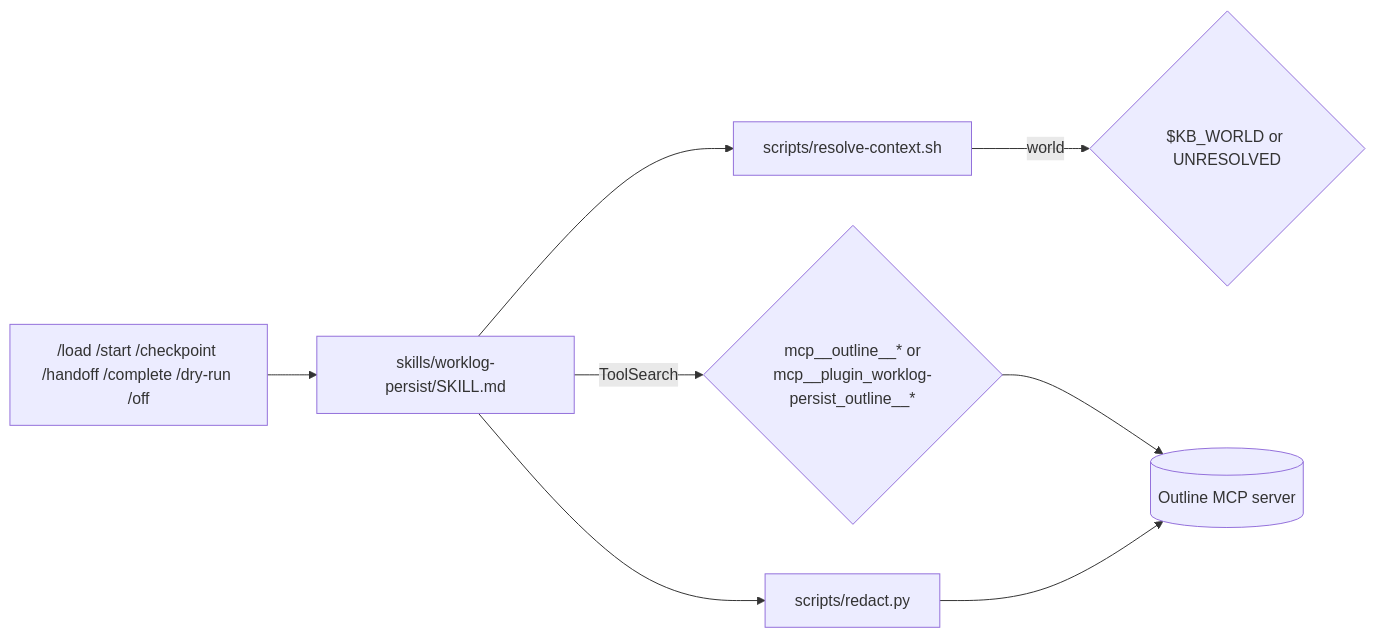
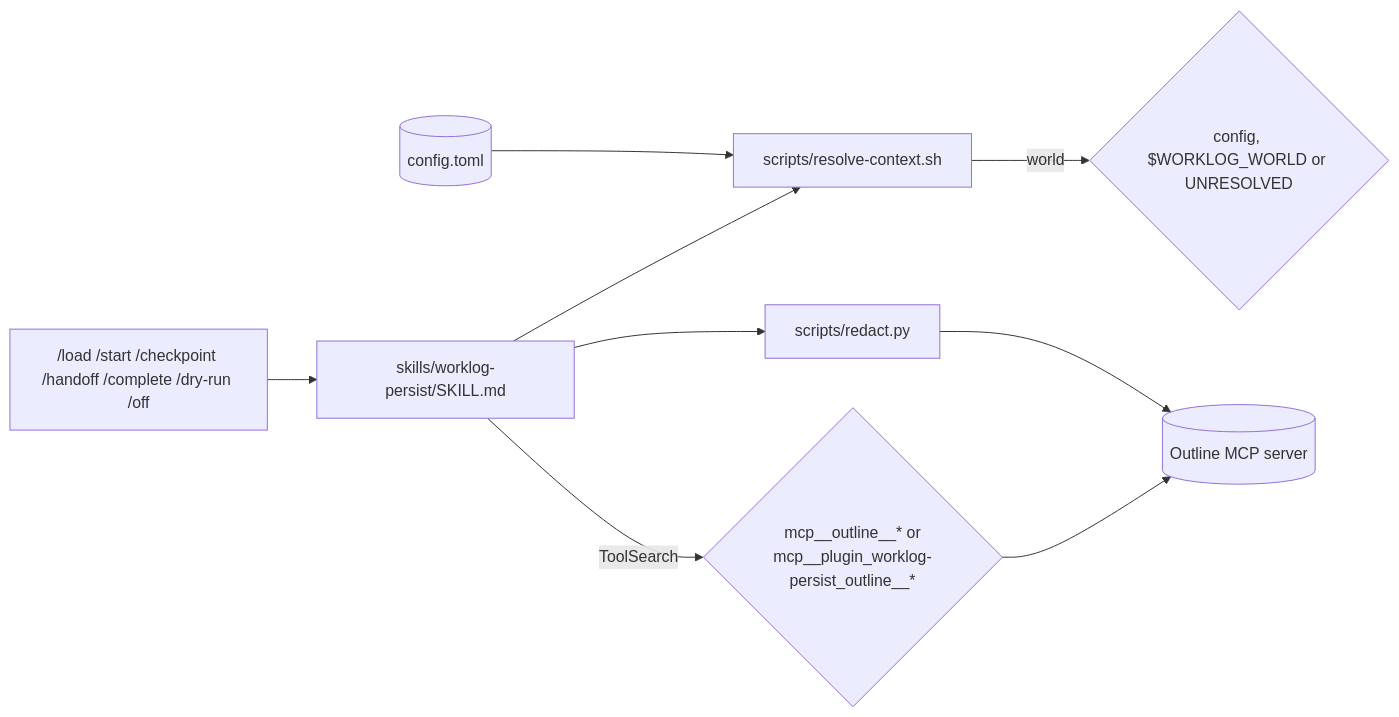
Before and after one commit to kolezka/outline-persist: the diagram in docs/persistence-protocol/README.md, drawn with Mermaid. The commit also changed other lines of this file and 34 other files, not shown here.

````diff
--- a/docs/persistence-protocol/README.md
+++ b/docs/persistence-protocol/README.md
@@ -51,10 +55,11 @@
 ```mermaid
 flowchart LR
     Cmds["/load /start /checkpoint /handoff /complete /dry-run /off"] --> Skill["skills/worklog-persist/SKILL.md"]
     Skill --> Resolve["scripts/resolve-context.sh"]
     Skill --> Redact["scripts/redact.py"]
-    Resolve -->|world| World{"$KB_WORLD or UNRESOLVED"}
+    Config[("config.toml")] --> Resolve
+    Resolve -->|world| World{"config, $WORKLOG_WORLD or UNRESOLVED"}
     Skill -->|ToolSearch| Prefix{"mcp__outline__* or\nmcp__plugin_worklog-persist_outline__*"}
     Prefix --> Outline[("Outline MCP server")]
     Redact -->|"<REDACTED:kind>"| Outline
 ```
````
